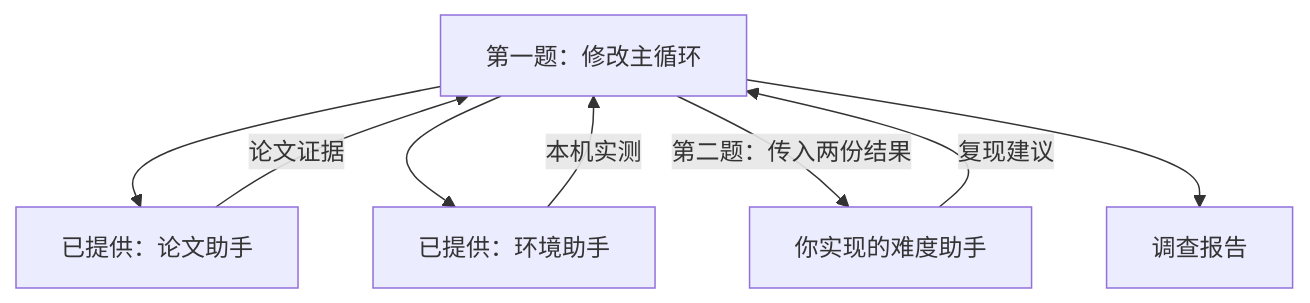
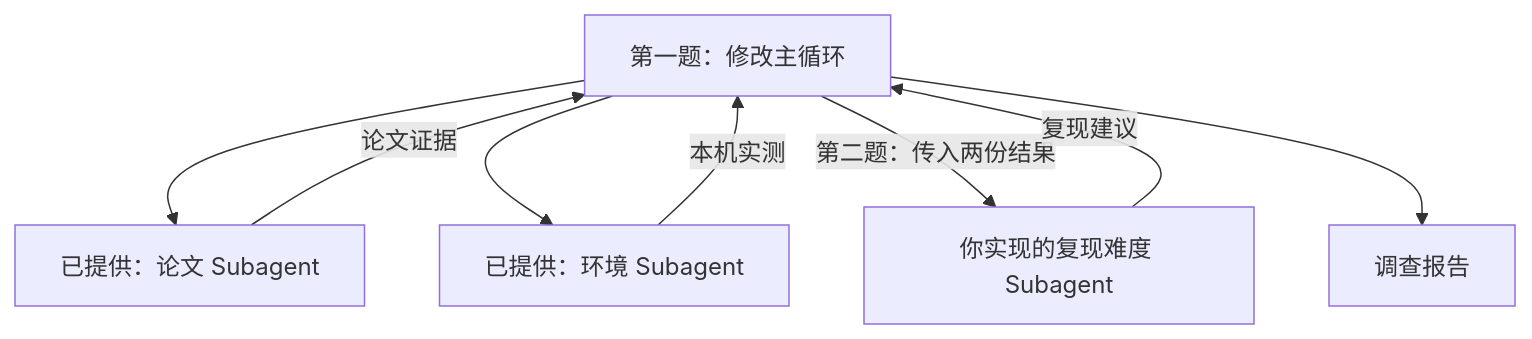
The diagram in README.md (JackYansongLi/learn-harness), drawn with Mermaid before and after one commit. The commit also changed other lines of this file and 11 other files, not shown here.

````diff
--- a/README.md
+++ b/README.md
@@ -10,10 +10,10 @@
 ```mermaid
 flowchart TD
-    M[第一题：修改主循环] --> P[已提供：论文助手]
-    M --> E[已提供：环境助手]
+    M[第一题：修改主循环] --> P[已提供：论文 Subagent]
+    M --> E[已提供：环境 Subagent]
     P -->|论文证据| M
     E -->|本机实测| M
-    M -->|第二题：传入两份结果| D[你实现的难度助手]
+    M -->|第二题：传入两份结果| D[你实现的复现难度 Subagent]
     D -->|复现建议| M
     M --> R[调查报告]
 ```
````
